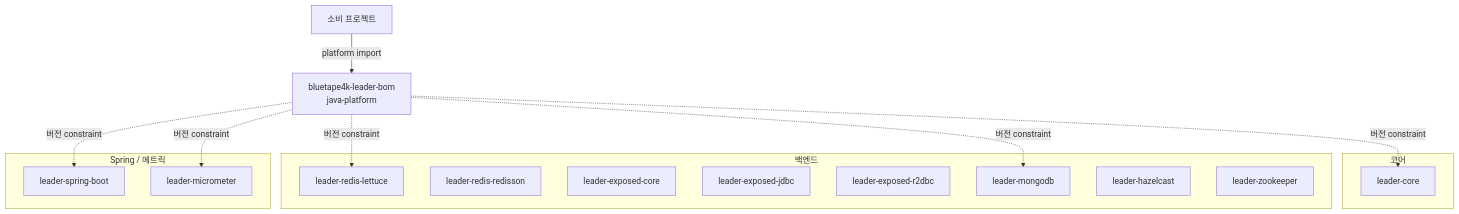
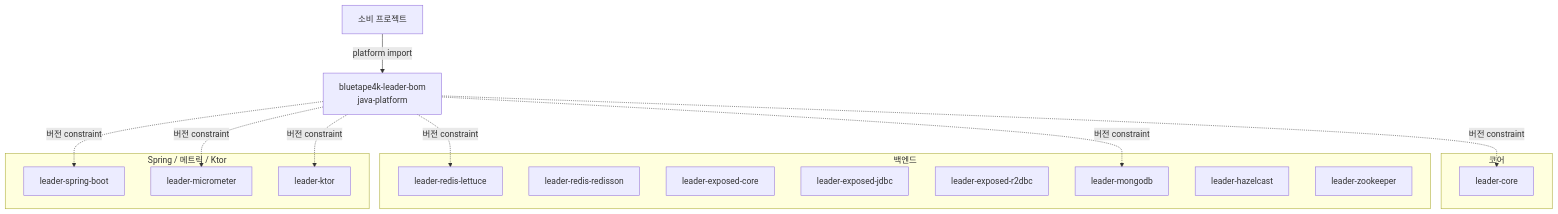
Before and after one commit to bluetape4k/bluetape4k-leader: the diagram in leader-bom/README.ko.md, drawn with Mermaid. The commit also changed other lines of this file and 8 other files, not shown here.

First line of the commit message:
docs: 워크스페이스 문서 일괄 최신화 (E1~E5 + leader-ktor + ktor-app 반영) (#167)

````diff
--- a/leader-bom/README.ko.md
+++ b/leader-bom/README.ko.md
@@ -10,32 +10,34 @@
 ```mermaid
 graph TB
     Consumer[소비 프로젝트]
     BOM[bluetape4k-leader-bom<br/>java-platform]
 
     subgraph "코어"
       Core[leader-core]
     end
 
     subgraph "백엔드"
       RL[leader-redis-lettuce]
       RR[leader-redis-redisson]
       ExC[leader-exposed-core]
       ExJ[leader-exposed-jdbc]
       ExR[leader-exposed-r2dbc]
       Mongo[leader-mongodb]
       Hzl[leader-hazelcast]
       Zk[leader-zookeeper]
     end
 
-    subgraph "Spring / 메트릭"
+    subgraph "Spring / 메트릭 / Ktor"
       SB[leader-spring-boot]
       Mm[leader-micrometer]
+      Ktor[leader-ktor]
     end
 
     Consumer -->|platform import| BOM
     BOM -.->|버전 constraint| Core
     BOM -.->|버전 constraint| RL
     BOM -.->|버전 constraint| Mongo
     BOM -.->|버전 constraint| SB
     BOM -.->|버전 constraint| Mm
+    BOM -.->|버전 constraint| Ktor
 ```
````
